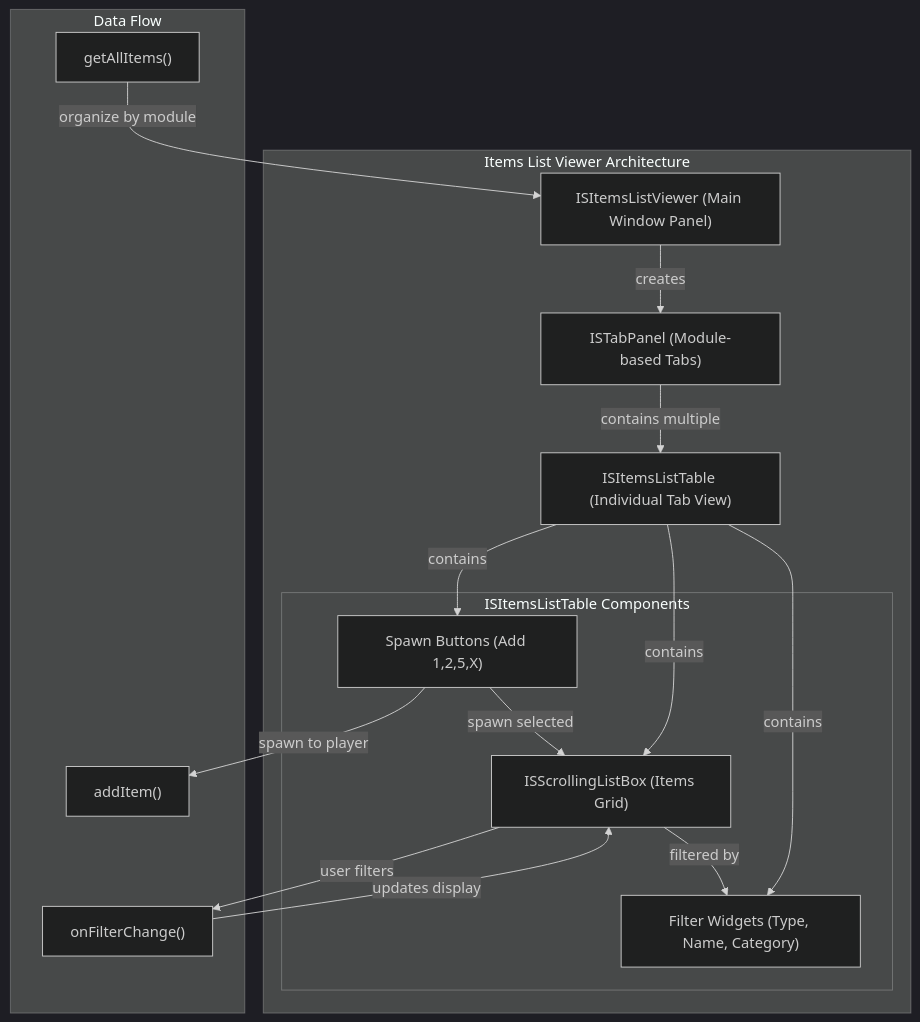
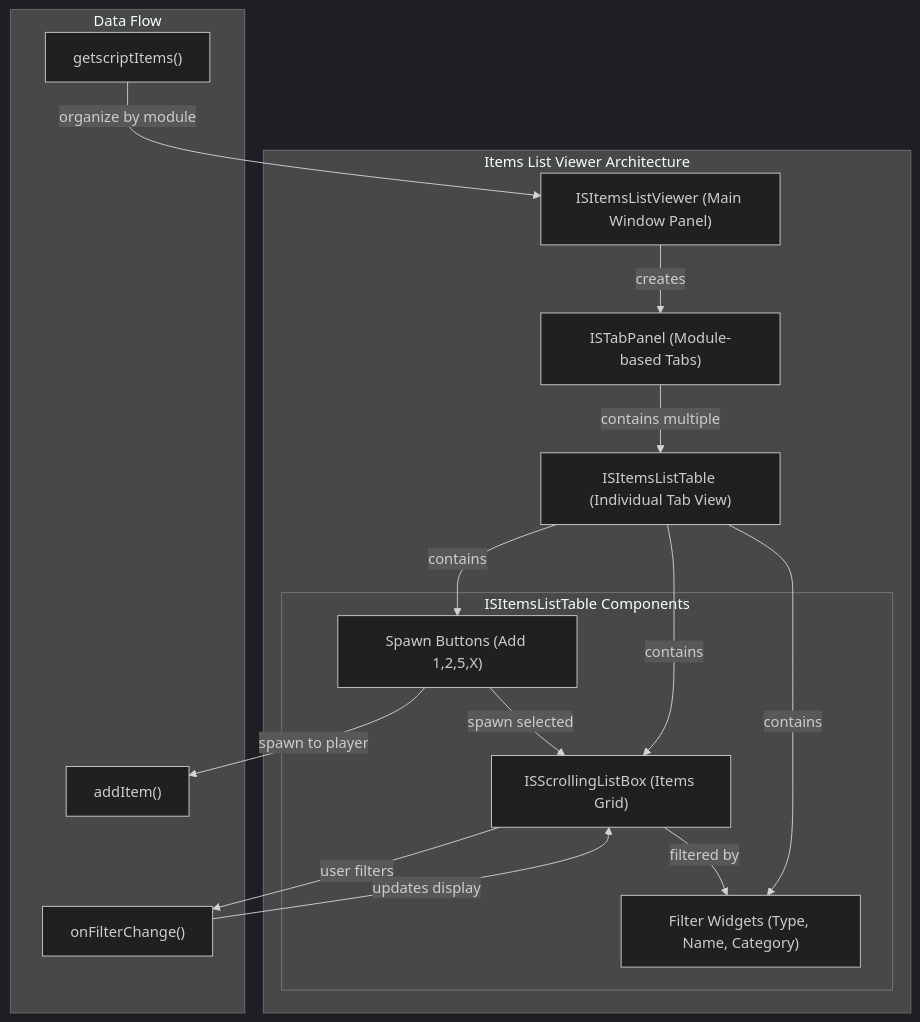
One commit to escapepz/pz-shops-mod-b42 changed the diagram in docs/ShopsAdminTools/ItemListViewer.md. Above: the diagram before and after it, drawn with Mermaid (dark theme). The commit also changed other lines of this file and 9 other files, not shown here.

````diff
--- a/docs/ShopsAdminTools/ItemListViewer.md
+++ b/docs/ShopsAdminTools/ItemListViewer.md
@@ -3,35 +3,35 @@
 ```mermaid
 graph TB
     subgraph "Items List Viewer Architecture"
         ISItemsListViewer["ISItemsListViewer (Main Window Panel)"]
         ISTabPanel["ISTabPanel (Module-based Tabs)"]
         ISItemsListTable["ISItemsListTable (Individual Tab View)"]
 
         ISItemsListViewer -->|creates| ISTabPanel
         ISTabPanel -->|contains multiple| ISItemsListTable
 
         subgraph "ISItemsListTable Components"
             ISScrollingListBox["ISScrollingListBox (Items Grid)"]
             FilterWidgets["Filter Widgets (Type, Name, Category)"]
             SpawnButtons["Spawn Buttons (Add 1,2,5,X)"]
 
             ISScrollingListBox -->|filtered by| FilterWidgets
             SpawnButtons -->|spawn selected| ISScrollingListBox
         end
 
         ISItemsListTable -->|contains| ISScrollingListBox
         ISItemsListTable -->|contains| FilterWidgets
         ISItemsListTable -->|contains| SpawnButtons
     end
 
     subgraph "Data Flow"
-        GameItems["getAllItems()"]
+        GameItems["getscriptItems()"]
         Filtering["onFilterChange()"]
         ItemSpawn["addItem()"]
 
         GameItems -->|organize by module| ISItemsListViewer
         ISScrollingListBox -->|user filters| Filtering
         Filtering -->|updates display| ISScrollingListBox
         SpawnButtons -->|spawn to player| ItemSpawn
     end
 ```
````
